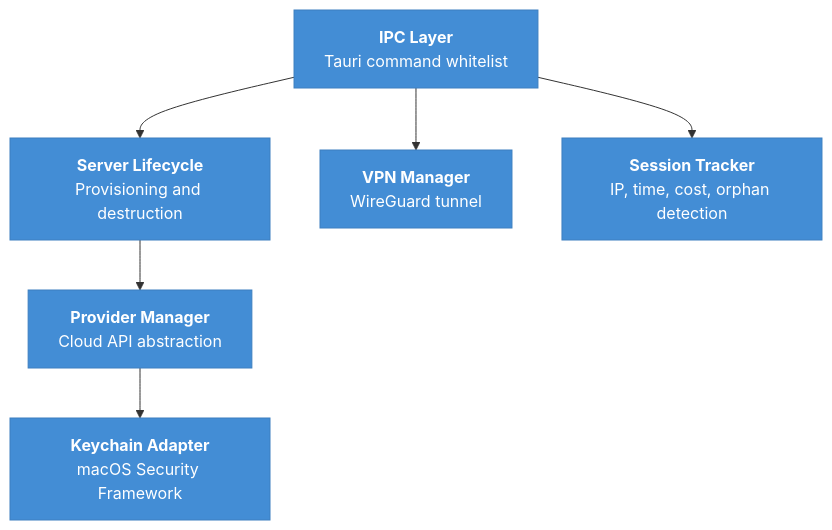
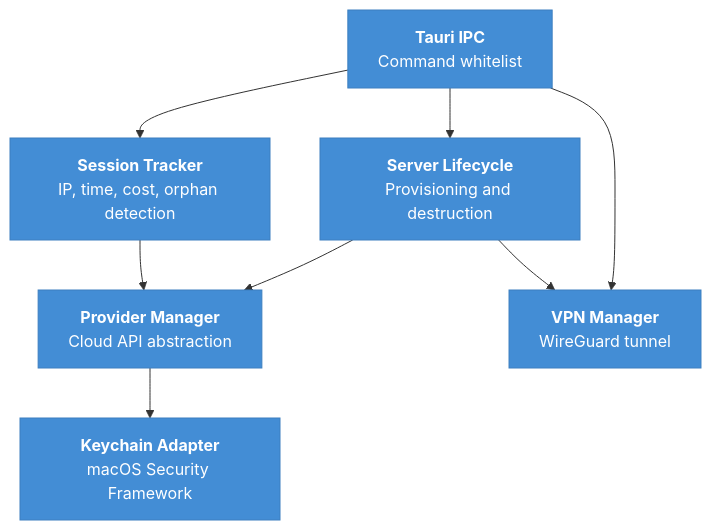
The second of 2 diagrams in docs/architecture/containers.md (saemanas/oh-my-vpn), drawn with Mermaid before and after one commit. The commit also changed other lines of this file and 12 other files, not shown here.

````diff
--- a/docs/architecture/containers.md
+++ b/docs/architecture/containers.md
@@ -61,18 +61,20 @@
 ```mermaid
 flowchart TD
-    ipc["<b>IPC Layer</b><br/>Tauri command whitelist"]
+    ipc["<b>Tauri IPC</b><br/>Command whitelist"]
     providerManager["<b>Provider Manager</b><br/>Cloud API abstraction"]
     serverLifecycle["<b>Server Lifecycle</b><br/>Provisioning and destruction"]
     vpnManager["<b>VPN Manager</b><br/>WireGuard tunnel"]
     sessionTracker["<b>Session Tracker</b><br/>IP, time, cost, orphan detection"]
     keychainAdapter["<b>Keychain Adapter</b><br/>macOS Security Framework"]
 
     ipc --> serverLifecycle
     ipc --> vpnManager
     ipc --> sessionTracker
     serverLifecycle --> providerManager
+    serverLifecycle --> vpnManager
+    sessionTracker --> providerManager
     providerManager --> keychainAdapter
 
     classDef module fill:#438dd5,stroke:#3c7fc0,color:#fff
     class ipc,providerManager,serverLifecycle,vpnManager,sessionTracker,keychainAdapter module
 ```
````
